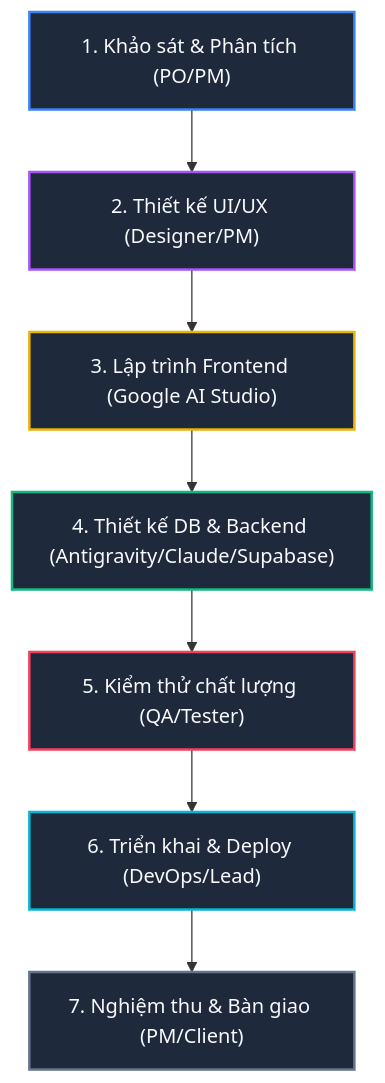
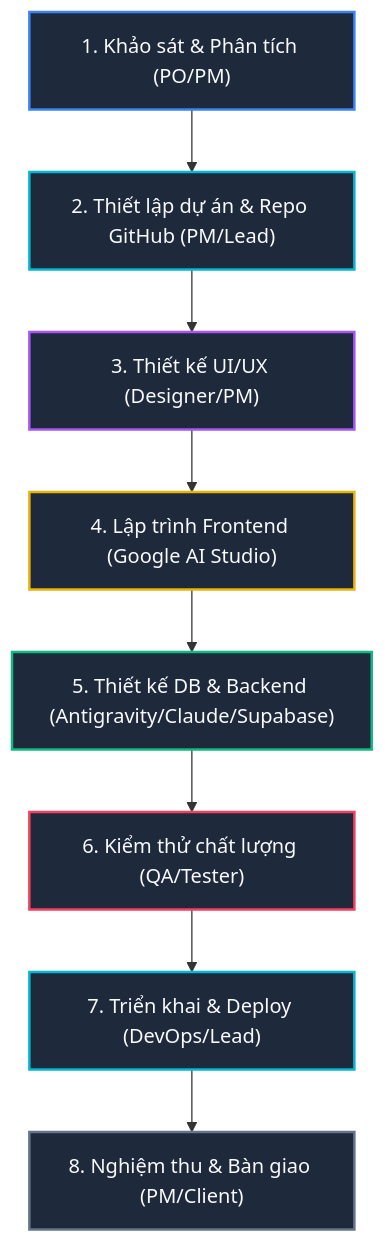
One commit to appdev-cmd/cic-ptpm changed the diagram in docs/quy-trinh-phat-trien.md. Above: the diagram before and after it, drawn with Mermaid. The commit also changed other lines of this file and 3 other files, not shown here.

Commit message:
docs: bo sung buoc Thiet lap du an & Repo GitHub thanh quy trinh 8 buoc

````diff
--- a/docs/quy-trinh-phat-trien.md
+++ b/docs/quy-trinh-phat-trien.md
@@ -10,17 +10,19 @@
 ```mermaid
 graph TD
-    A["1. Khảo sát & Phân tích (PO/PM)"] --> B["2. Thiết kế UI/UX (Designer/PM)"]
-    B --> C["3. Lập trình Frontend (Google AI Studio)"]
-    C --> D["4. Thiết kế DB & Backend (Antigravity/Claude/Supabase)"]
-    D --> E["5. Kiểm thử chất lượng (QA/Tester)"]
-    E --> F["6. Triển khai & Deploy (DevOps/Lead)"]
-    F --> G["7. Nghiệm thu & Bàn giao (PM/Client)"]
+    A["1. Khảo sát & Phân tích (PO/PM)"] --> B["2. Thiết lập dự án & Repo GitHub (PM/Lead)"]
+    B --> C["3. Thiết kế UI/UX (Designer/PM)"]
+    C --> D["4. Lập trình Frontend (Google AI Studio)"]
+    D --> E["5. Thiết kế DB & Backend (Antigravity/Claude/Supabase)"]
+    E --> F["6. Kiểm thử chất lượng (QA/Tester)"]
+    F --> G["7. Triển khai & Deploy (DevOps/Lead)"]
+    G --> H["8. Nghiệm thu & Bàn giao (PM/Client)"]
     
     style A fill:#1e293b,stroke:#3b82f6,stroke-width:2px,color:#f8fafc
-    style B fill:#1e293b,stroke:#a855f7,stroke-width:2px,color:#f8fafc
-    style C fill:#1e293b,stroke:#eab308,stroke-width:2px,color:#f8fafc
-    style D fill:#1e293b,stroke:#10b981,stroke-width:2px,color:#f8fafc
-    style E fill:#1e293b,stroke:#f43f5e,stroke-width:2px,color:#f8fafc
-    style F fill:#1e293b,stroke:#06b6d4,stroke-width:2px,color:#f8fafc
-    style G fill:#1e293b,stroke:#64748b,stroke-width:2px,color:#f8fafc
+    style B fill:#1e293b,stroke:#06b6d4,stroke-width:2px,color:#f8fafc
+    style C fill:#1e293b,stroke:#a855f7,stroke-width:2px,color:#f8fafc
+    style D fill:#1e293b,stroke:#eab308,stroke-width:2px,color:#f8fafc
+    style E fill:#1e293b,stroke:#10b981,stroke-width:2px,color:#f8fafc
+    style F fill:#1e293b,stroke:#f43f5e,stroke-width:2px,color:#f8fafc
+    style G fill:#1e293b,stroke:#06b6d4,stroke-width:2px,color:#f8fafc
+    style H fill:#1e293b,stroke:#64748b,stroke-width:2px,color:#f8fafc
 ```
````
